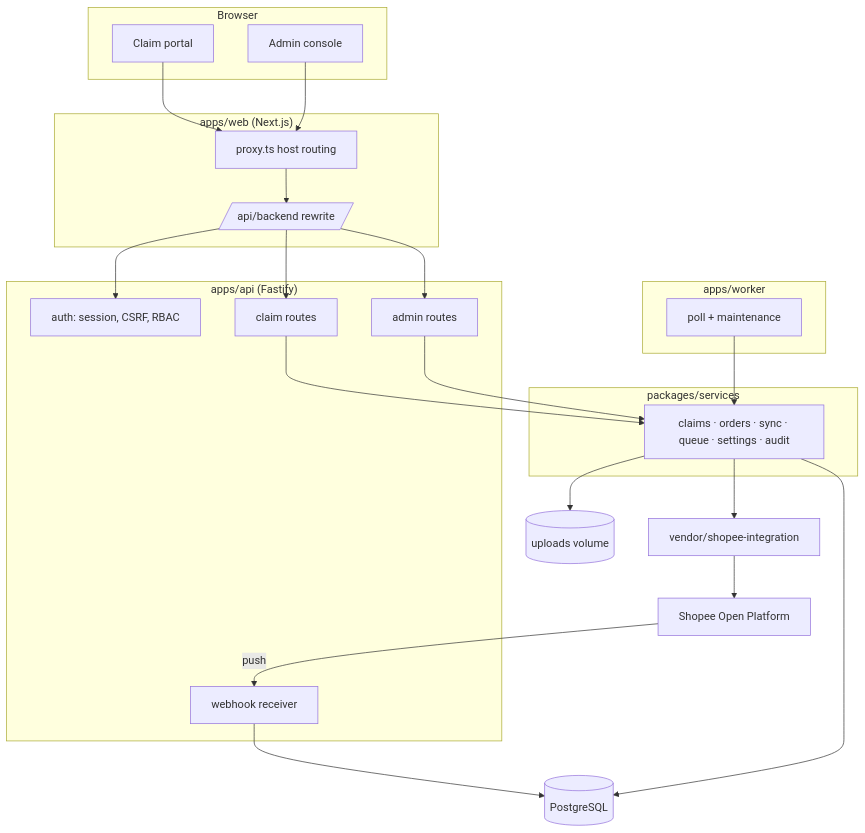
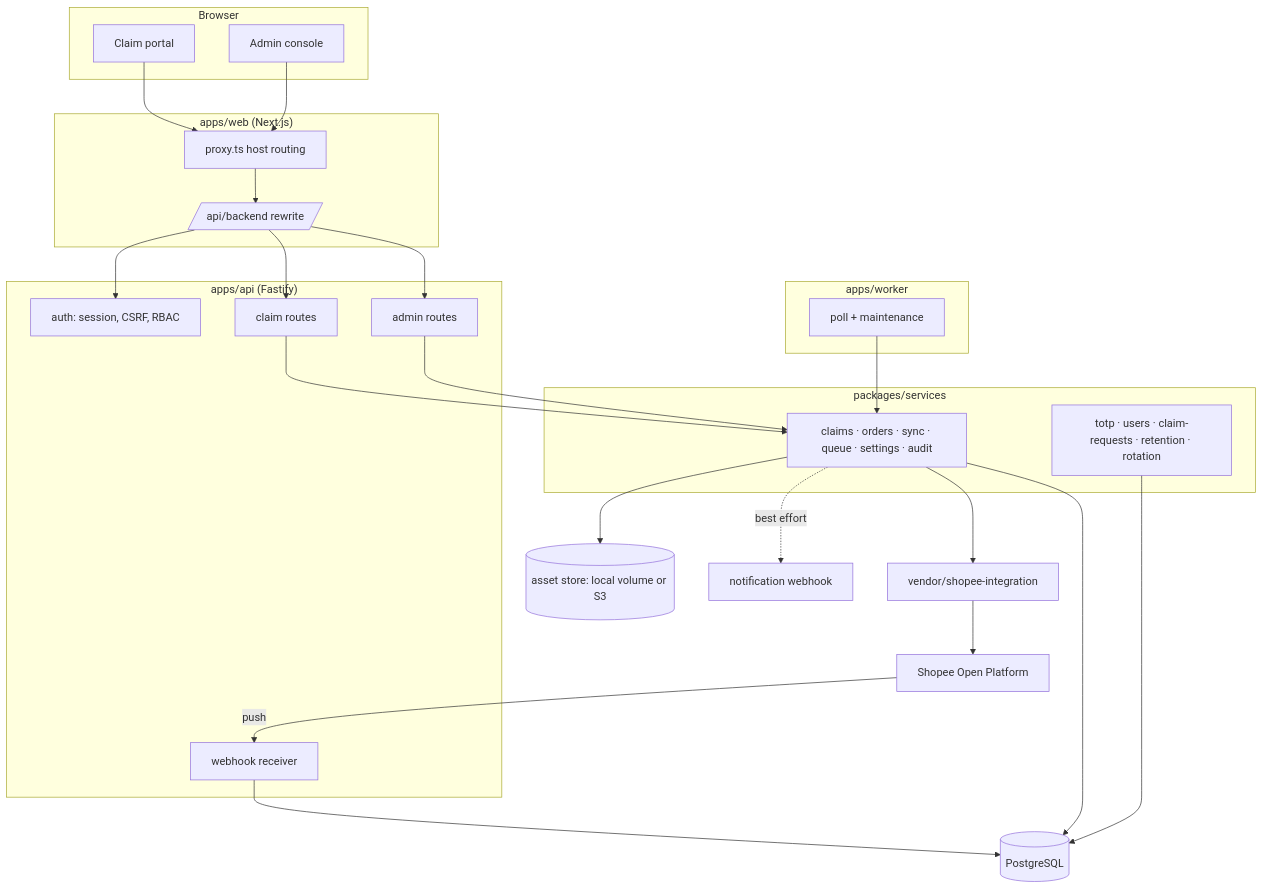
Before and after one commit to indraoverflow/shopee-digital-delivery: the first of 3 diagrams in docs/architecture.md, drawn with Mermaid. The commit also changed other lines of this file and 12 other files, not shown here.

````diff
--- a/docs/architecture.md
+++ b/docs/architecture.md
@@ -92,46 +92,50 @@
 ```mermaid
 flowchart TB
   subgraph Browser
     P[Claim portal]
     A[Admin console]
   end
 
   subgraph "apps/web (Next.js)"
     PX[proxy.ts host routing]
     RW[/api/backend rewrite/]
   end
 
   subgraph "apps/api (Fastify)"
     AU[auth: session, CSRF, RBAC]
     CL[claim routes]
     AD[admin routes]
     WHK[webhook receiver]
   end
 
   subgraph "packages/services"
     SVC[claims · orders · sync · queue · settings · audit]
+    SEC[totp · users · claim-requests · retention · rotation]
   end
 
   subgraph "apps/worker"
     LOOP[poll + maintenance]
   end
 
   PG[(PostgreSQL)]
-  FS[(uploads volume)]
+  FS[(asset store: local volume or S3)]
   SHAPI[Shopee Open Platform]
   VEN[vendor/shopee-integration]
+  HOOK[notification webhook]
 
   P --> PX --> RW --> AU
   A --> PX
   RW --> CL
   RW --> AD
   SHAPI -- push --> WHK
   CL --> SVC
   AD --> SVC
   WHK --> PG
   LOOP --> SVC
   SVC --> PG
   SVC --> FS
   SVC --> VEN
+  SVC -. best effort .-> HOOK
+  SEC --> PG
   VEN --> SHAPI
 ```
````
